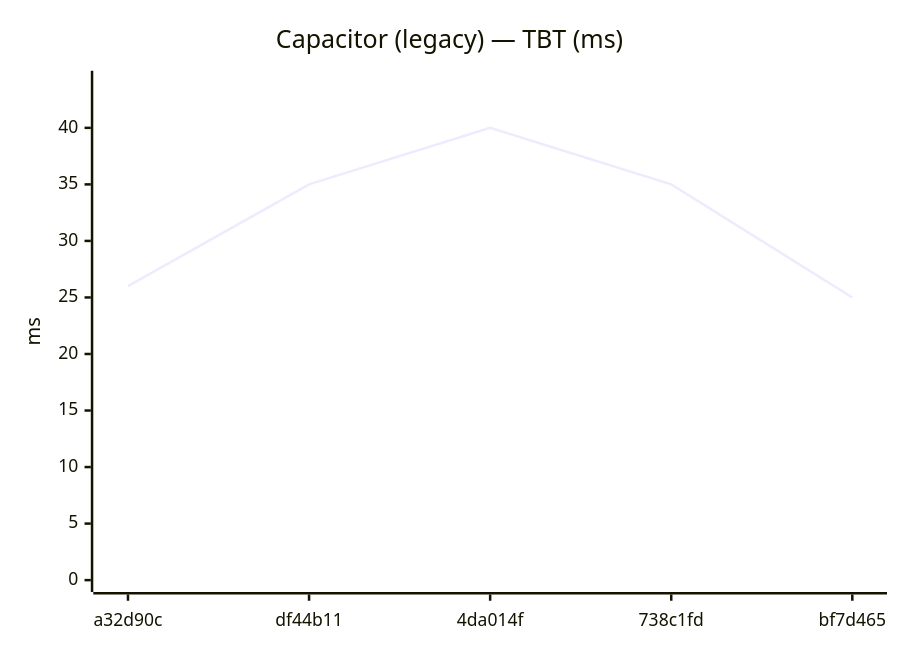
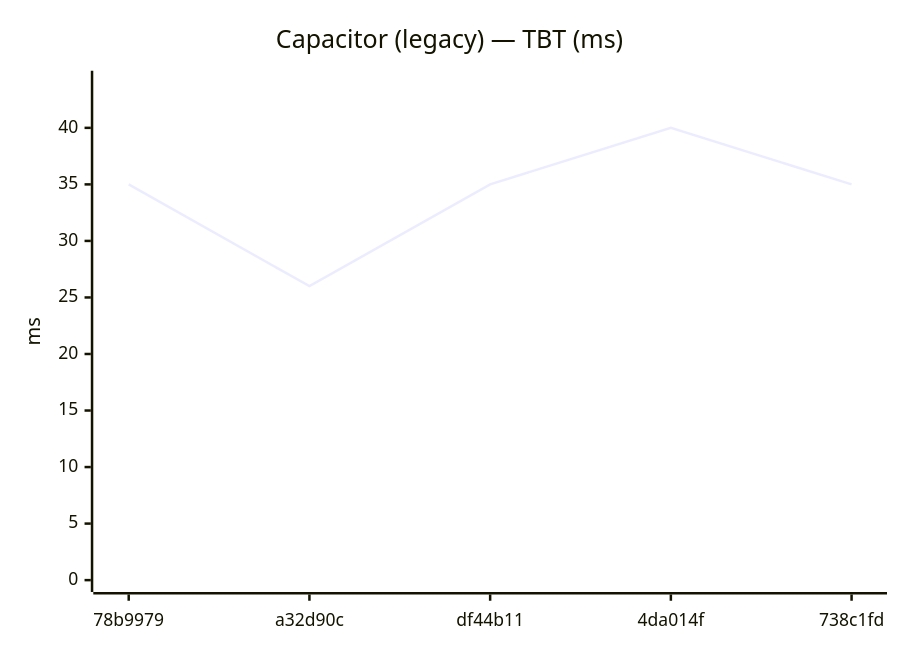
Before and after one commit to Metaheurist/Rianell: diagram 14 of 24 in benchmarks/compare.md, drawn with Mermaid. The commit also changed other lines of this file and 12 other files, not shown here.

````diff
--- a/benchmarks/compare.md
+++ b/benchmarks/compare.md
@@ -201,7 +201,7 @@
 ```mermaid
 xychart-beta
     title "Capacitor (legacy) — TBT (ms)"
-    x-axis ["a32d90c", "df44b11", "4da014f", "738c1fd", "bf7d465"]
+    x-axis ["78b9979", "a32d90c", "df44b11", "4da014f", "738c1fd"]
     y-axis "ms" 0 --> 44
-    line [26, 35, 40, 35, 25]
+    line [35, 26, 35, 40, 35]
 ```
````
